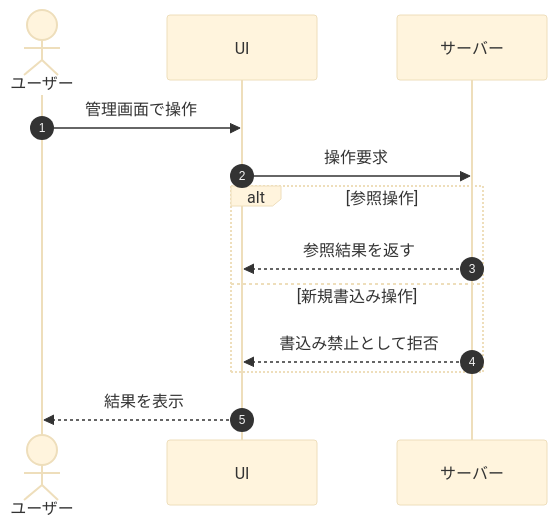
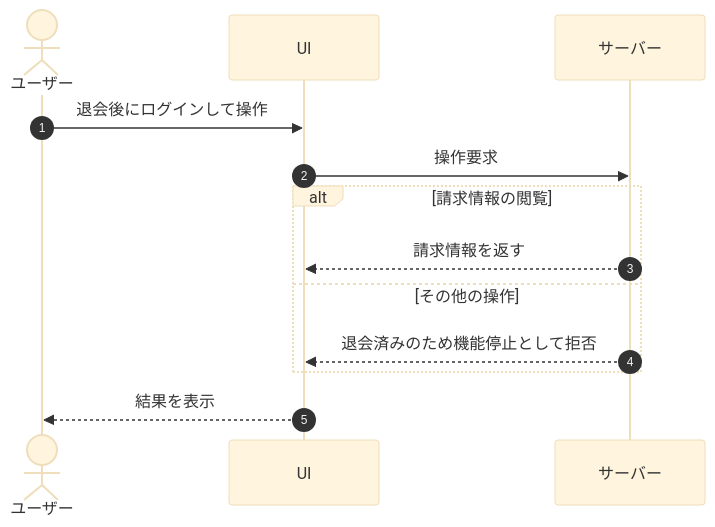
The fourth of 15 diagrams in 01_requirements/02_functional_requirement/06_security-fr.md (sikakou54/open-faq), drawn with Mermaid (base theme) before and after one commit. The commit also changed other lines of this file and 66 other files, not shown here.

````diff
--- a/01_requirements/02_functional_requirement/06_security-fr.md
+++ b/01_requirements/02_functional_requirement/06_security-fr.md
@@ -134,15 +122,15 @@
 ```mermaid
 sequenceDiagram
   autonumber
   actor U as ユーザー
   participant UI as UI
   participant S as サーバー
-  U->>UI: 管理画面で操作
+  U->>UI: 退会後にログインして操作
   UI->>S: 操作要求
-  alt 参照操作
-    S-->>UI: 参照結果を返す
-  else 新規書込み操作
-    S-->>UI: 書込み禁止として拒否
+  alt 請求情報の閲覧
+    S-->>UI: 請求情報を返す
+  else その他の操作
+    S-->>UI: 退会済みのため機能停止として拒否
   end
   UI-->>U: 結果を表示
 ```
````
